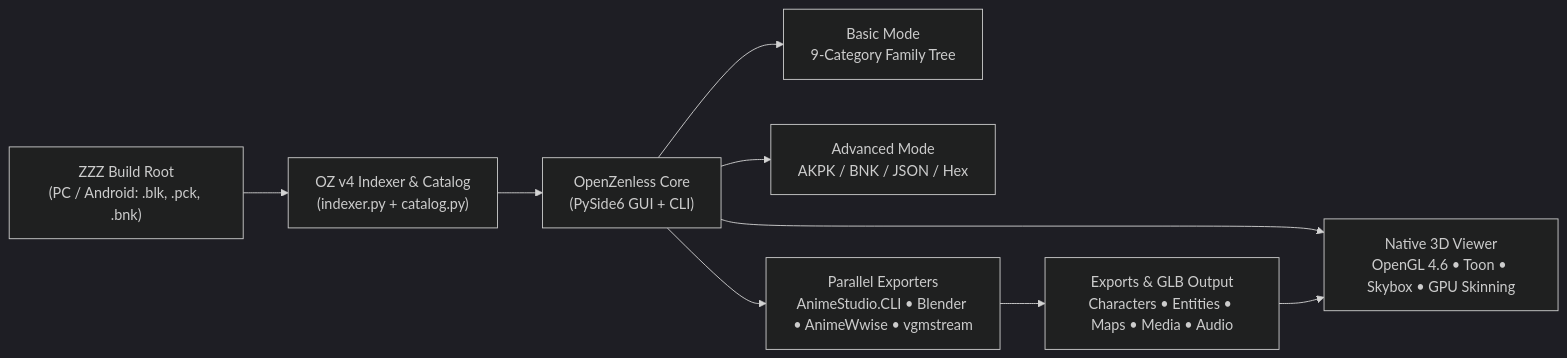
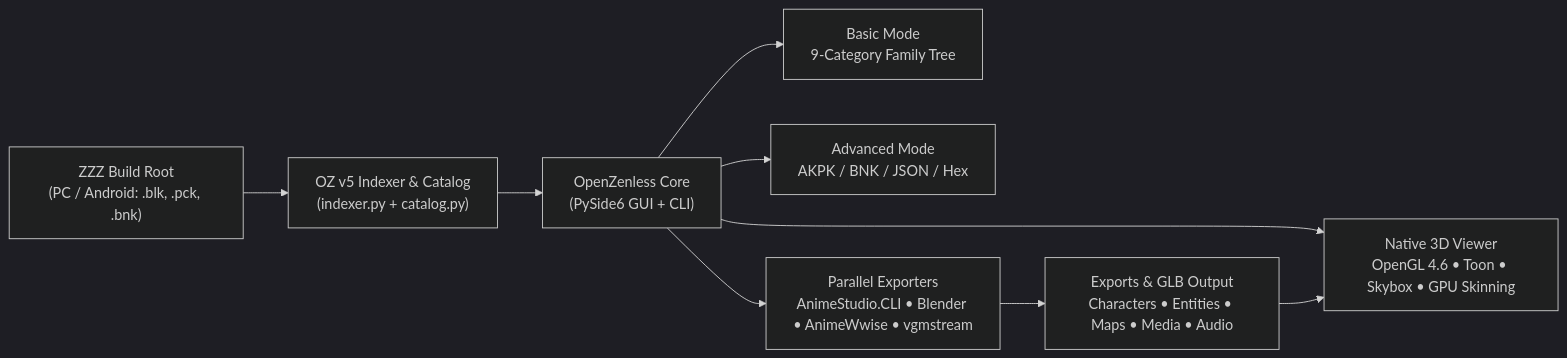
Before and after one commit to bcan77/OpenZenless: the diagram in README.md, drawn with Mermaid (dark theme). The commit also changed other lines of this file and 5 other files, not shown here.

````diff
--- a/README.md
+++ b/README.md
@@ -99,11 +99,11 @@
 ```mermaid
 flowchart LR
-    A["ZZZ Build Root<br/>(PC / Android: .blk, .pck, .bnk)"] --> B["OZ v4 Indexer & Catalog<br/>(indexer.py + catalog.py)"]
+    A["ZZZ Build Root<br/>(PC / Android: .blk, .pck, .bnk)"] --> B["OZ v5 Indexer & Catalog<br/>(indexer.py + catalog.py)"]
     B --> C["OpenZenless Core<br/>(PySide6 GUI + CLI)"]
     C --> D["Basic Mode<br/>9-Category Family Tree"]
     C --> E["Advanced Mode<br/>AKPK / BNK / JSON / Hex"]
     C --> F["Native 3D Viewer<br/>OpenGL 4.6 • Toon • Skybox • GPU Skinning"]
     C --> G["Parallel Exporters<br/>AnimeStudio.CLI • Blender • AnimeWwise • vgmstream"]
     G --> H["Exports & GLB Output<br/>Characters • Entities • Maps • Media • Audio"]
     H --> F
 ```
````
